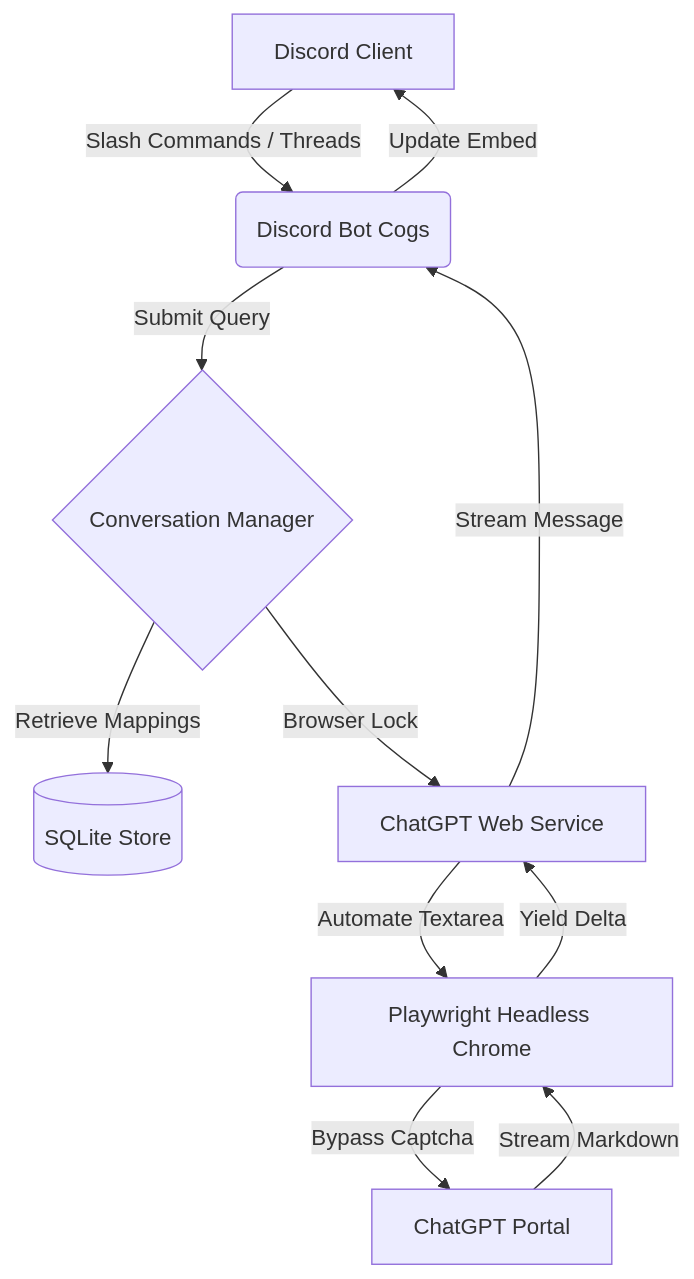
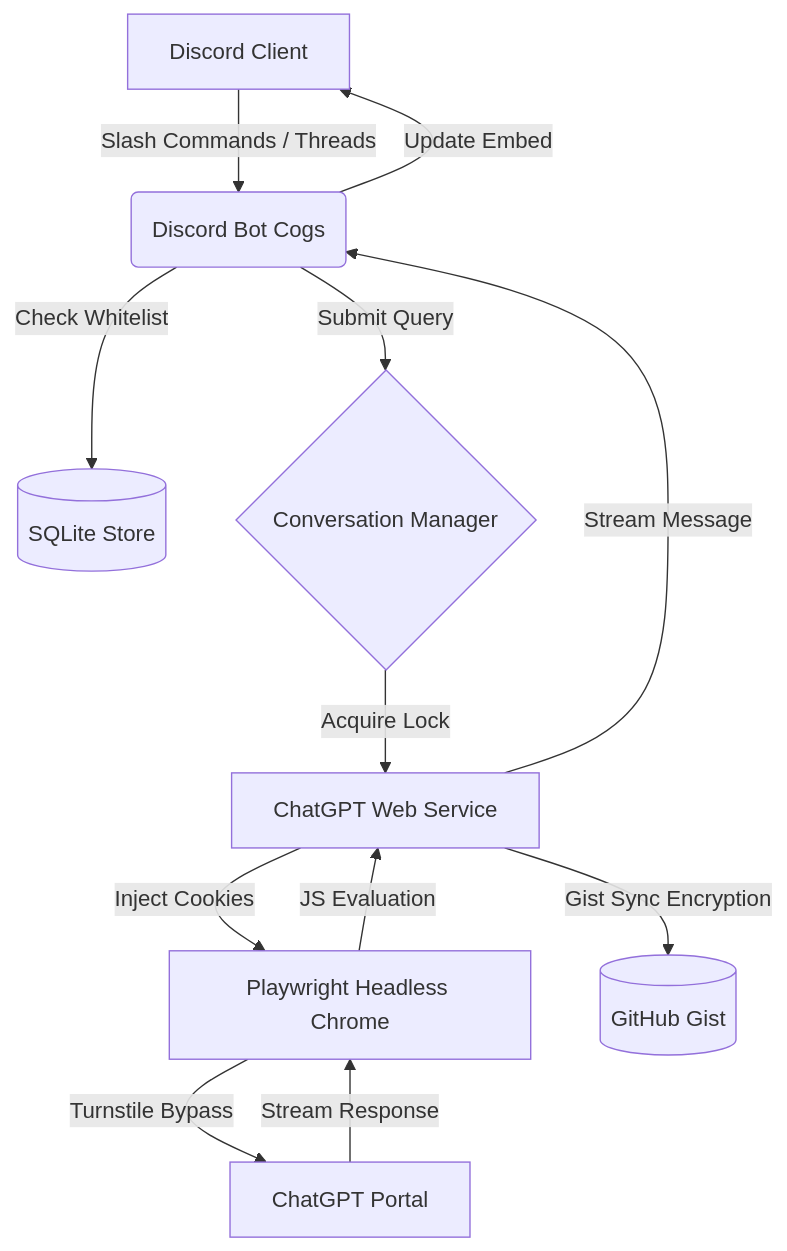
One commit to keepsloading/Boundier changed the diagram in README.md. Above: the diagram before and after it, drawn with Mermaid. The commit also changed other lines of this file, not shown here.

Commit message:
docs: update README.md with Gist syncing setup, user restrictions, and diagnostics server

````diff
--- a/README.md
+++ b/README.md
@@ -40,13 +41,14 @@
 ```mermaid
 graph TD
     A[Discord Client] -->|Slash Commands / Threads| B(Discord Bot Cogs)
+    B -->|Check Whitelist| H[(SQLite Store)]
     B -->|Submit Query| C{Conversation Manager}
-    C -->|Retrieve Mappings| D[(SQLite Store)]
-    C -->|Browser Lock| E[ChatGPT Web Service]
-    E -->|Automate Textarea| F[Playwright Headless Chrome]
-    F -->|Bypass Captcha| G[ChatGPT Portal]
-    G -->|Stream Markdown| F
-    F -->|Yield Delta| E
+    C -->|Acquire Lock| E[ChatGPT Web Service]
+    E -->|Inject Cookies| F[Playwright Headless Chrome]
+    F -->|Turnstile Bypass| G[ChatGPT Portal]
+    G -->|Stream Response| F
+    F -->|JS Evaluation| E
+    E -->|Gist Sync Encryption| I[(GitHub Gist)]
     E -->|Stream Message| B
     B -->|Update Embed| A
 ```
````
